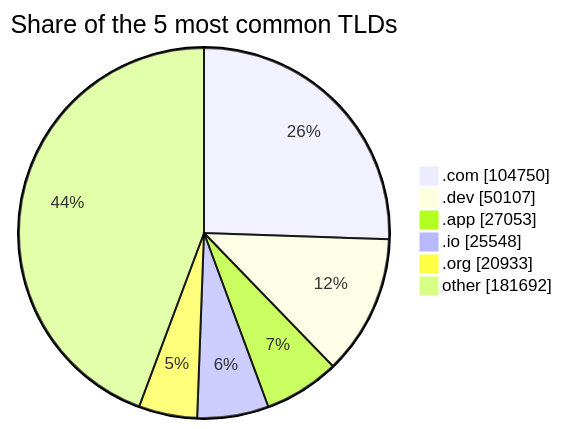
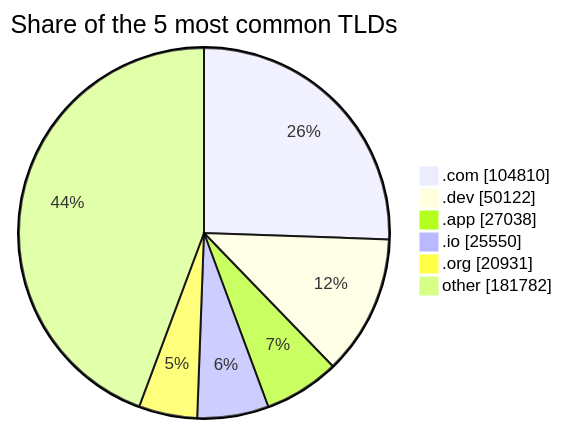
Before and after one commit to DNSBunker/CTI: the third of 3 diagrams in README.md, drawn with Mermaid. The commit also changed other lines of this file and 3 other files, not shown here.

````diff
--- a/README.md
+++ b/README.md
@@ -81,9 +81,9 @@
 ```mermaid
 pie showData title Share of the 5 most common TLDs
-    ".com" : 104750
-    ".dev" : 50107
-    ".app" : 27053
-    ".io" : 25548
-    ".org" : 20933
-    "other" : 181692
+    ".com" : 104810
+    ".dev" : 50122
+    ".app" : 27038
+    ".io" : 25550
+    ".org" : 20931
+    "other" : 181782
 ```
````
